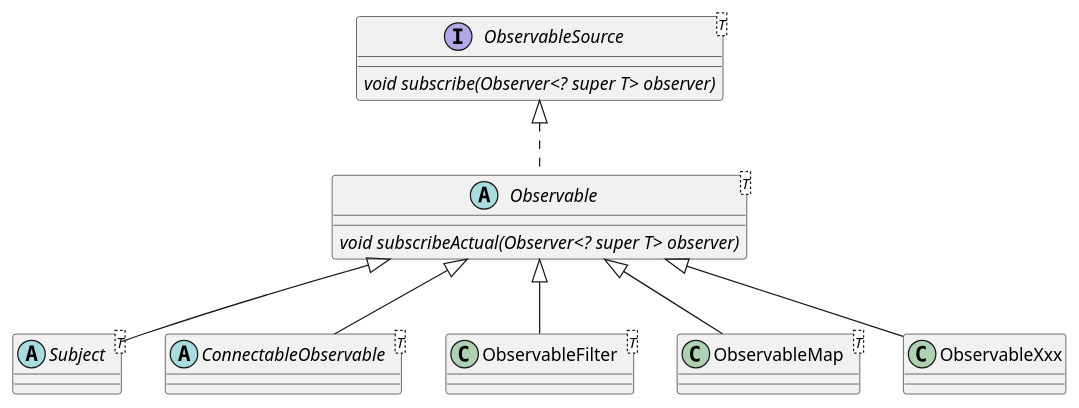
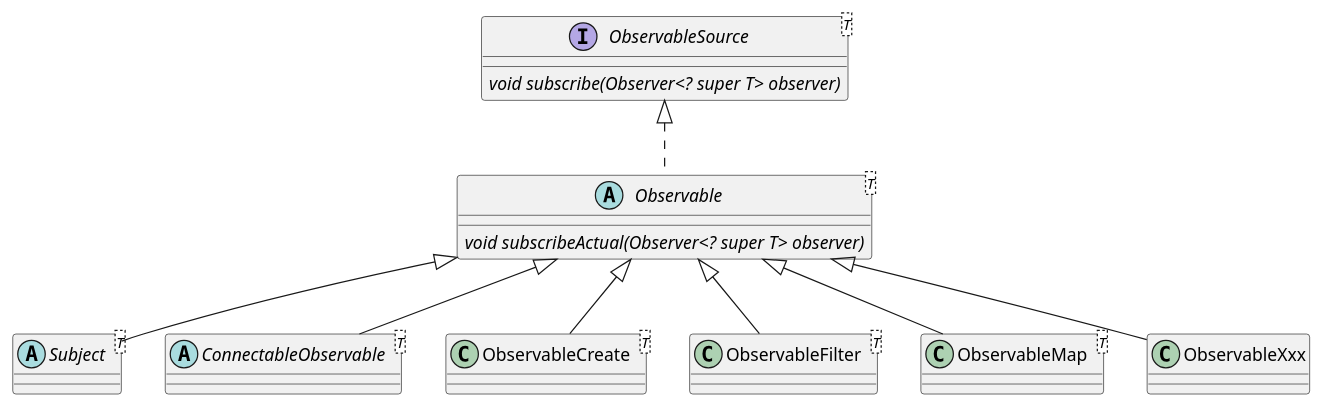
The diagram in doc/Observable.puml (suribada/RxJavaBook), drawn with PlantUML before and after one commit. The commit also changed 6 other files, not shown here.

Commit message:
add uml file

```diff
--- a/doc/Observable.puml
+++ b/doc/Observable.puml
@@ -1,23 +1,25 @@
 @startuml
 interface ObservableSource<T> {
 {abstract} void subscribe(Observer<? super T> observer)
 }
 abstract class Observable<T> {
 {abstract} void subscribeActual(Observer<? super T> observer)
 }
 
 ObservableSource <|.. Observable
 
 abstract class Subject<T>
 abstract class ConnectableObservable<T>
+class ObservableCreate<T>
 class ObservableFilter<T>
 class ObservableMap<T>
 class ObservableXxx
 
 Observable <|-- Subject
 Observable <|-- ConnectableObservable
+Observable <|-- ObservableCreate
 Observable <|-- ObservableFilter
 Observable <|-- ObservableMap
 Observable <|-- ObservableXxx
 
 @enduml
```
